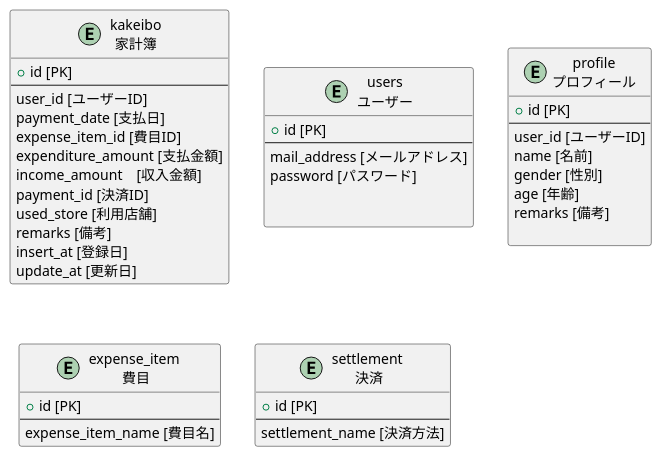
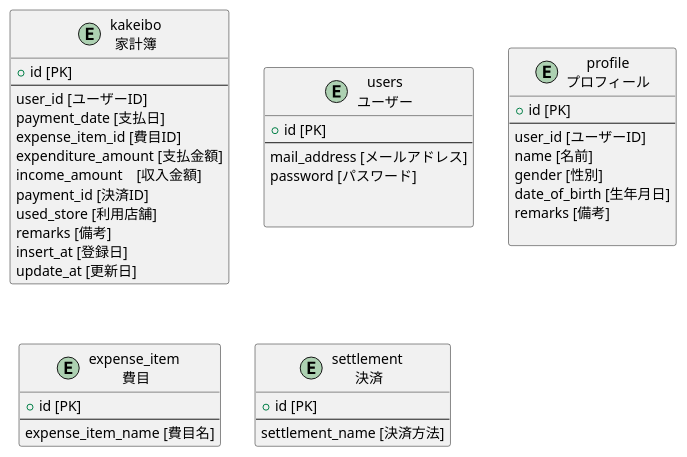
One commit to shinnamie/sns-kakeibo changed the diagram in UML/ER図/tables.pu. Above: the diagram before and after it, drawn with PlantUML. The commit also changed 1 other file, not shown here.

Commit message:
UML図の修正

```diff
--- a/UML/ER図/tables.pu
+++ b/UML/ER図/tables.pu
@@ -1,50 +1,50 @@
 @startuml tables
 entity kakeibo as "kakeibo\n家計簿" {
   + id [PK]
   --
   user_id [ユーザーID]
   payment_date [支払日]
   expense_item_id [費目ID]
   expenditure_amount [支払金額]
   income_amount　[収入金額]
   payment_id [決済ID]
   used_store [利用店舗]
   remarks [備考]
   insert_at [登録日]
   update_at [更新日]
 }
 
 entity users as "users\nユーザー" {
   + id [PK]
   --
   mail_address [メールアドレス]
   password [パスワード]
   
 
 }
 
 entity profile as "profile\nプロフィール" {
   + id [PK]
   --
   user_id [ユーザーID]
   name [名前]
   gender [性別]
-  age [年齢]
+  date_of_birth [生年月日]
   remarks [備考]
   
 }
 
 entity expense_item  as "expense_item \n費目" {
   + id [PK]
   --
   expense_item_name [費目名]
 }
 
 entity settlement  as "settlement \n決済" {
   + id [PK]
   --
   settlement_name [決済方法]
 }
 
 
 @enduml
```
